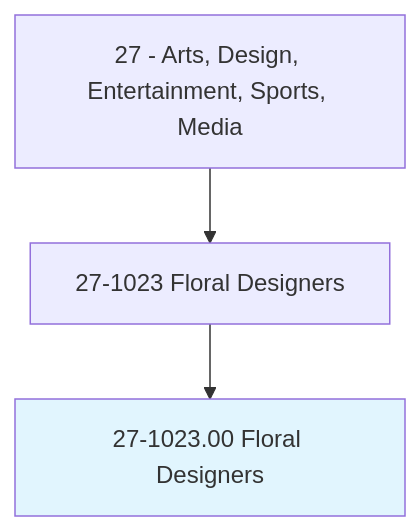
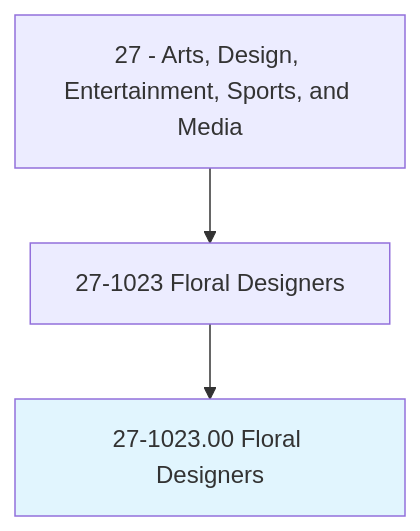
The first of 4 diagrams in occupations/ArtsMedia/FloralDesigners.mdx (kziemski/business.org.ai), drawn with Mermaid before and after one commit. The commit also changed other lines of this file and 938 other files, not shown here.

````diff
--- a/occupations/ArtsMedia/FloralDesigners.mdx
+++ b/occupations/ArtsMedia/FloralDesigners.mdx
@@ -19,6 +23,6 @@
 ```mermaid
 graph TD
-    Cat27["27 - Arts, Design, Entertainment, Sports, Media"] --> Group271023["27-1023 Floral Designers"]
+    Cat27["27 - Arts, Design, Entertainment, Sports, and Media"] --> Group271023["27-1023 Floral Designers"]
     Group271023 --> Current["27-1023.00 Floral Designers"]
     style Current fill:#e1f5fe
 ```
````
